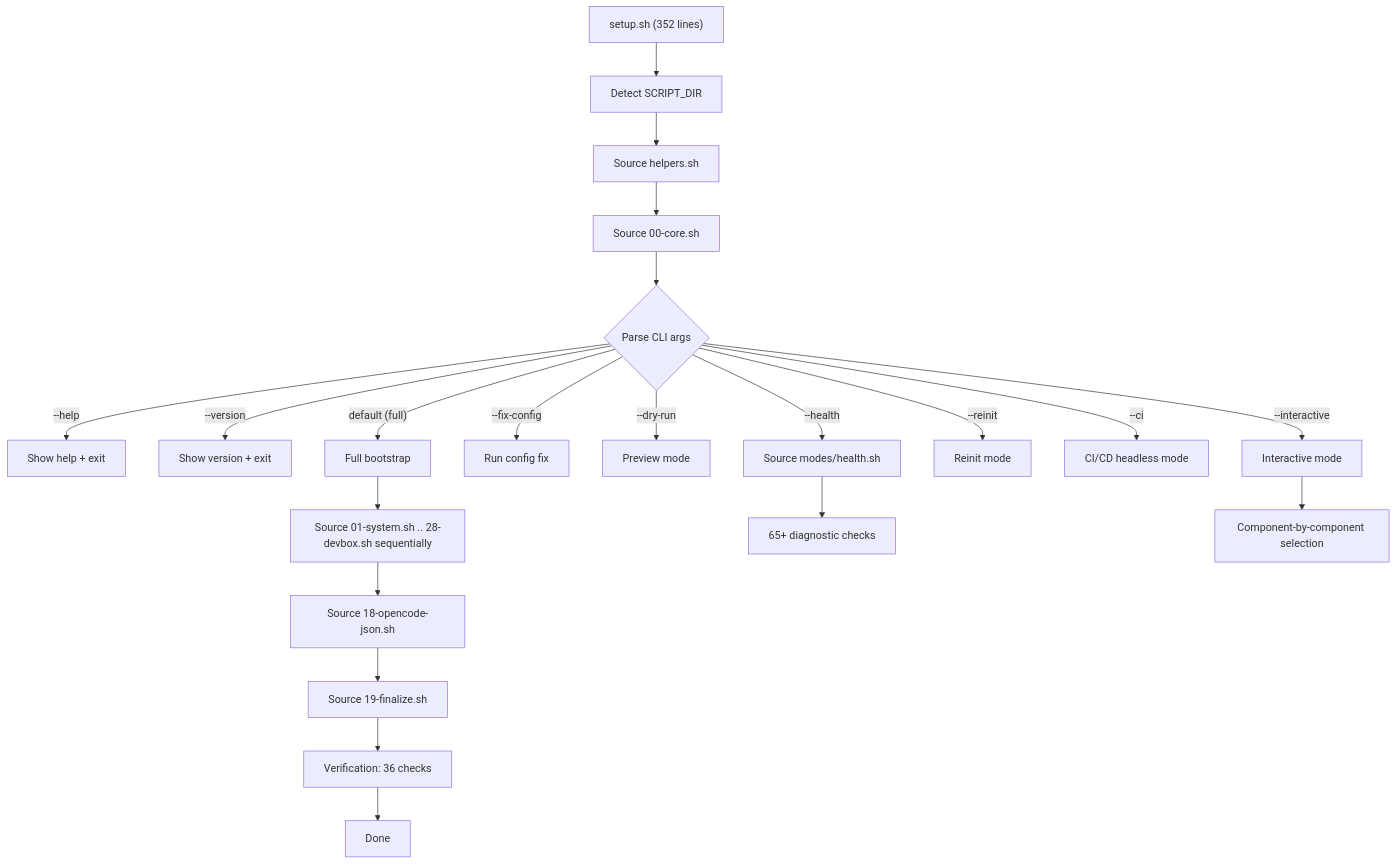
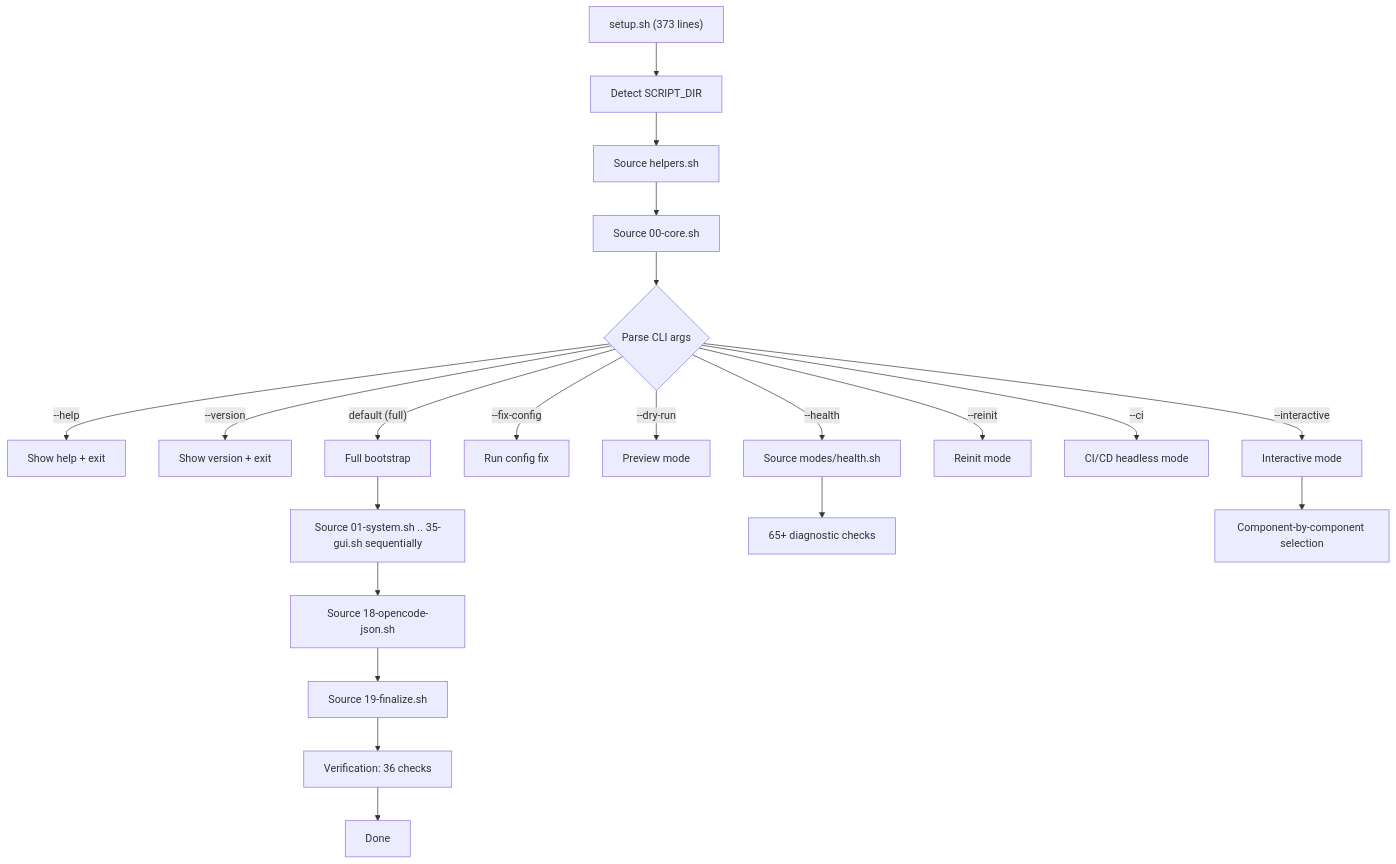
Before and after one commit to AlexanderNarbaev/opencode_initializer: the fourth of 5 diagrams in docs/architecture/index.en.md, drawn with Mermaid. The commit also changed other lines of this file and 8 other files, not shown here.

````diff
--- a/docs/architecture/index.en.md
+++ b/docs/architecture/index.en.md
@@ -115,25 +121,25 @@
 ```mermaid
 flowchart TD
-    A["setup.sh (352 lines)"] --> B["Detect SCRIPT_DIR"]
+    A["setup.sh (373 lines)"] --> B["Detect SCRIPT_DIR"]
     B --> C["Source helpers.sh"]
     C --> D["Source 00-core.sh"]
     D --> E{"Parse CLI args"}
     E -->|"--help"| F["Show help + exit"]
     E -->|"--version"| G["Show version + exit"]
     E -->|"--health"| H["Source modes/health.sh"]
     E -->|"--fix-config"| I["Run config fix"]
     E -->|"--dry-run"| J["Preview mode"]
     E -->|"--interactive"| K["Interactive mode"]
     E -->|"--reinit"| L["Reinit mode"]
     E -->|"--ci"| CI["CI/CD headless mode"]
     E -->|"default (full)"| M["Full bootstrap"]
 
-    M --> N["Source 01-system.sh .. 28-devbox.sh sequentially"]
+    M -->     N["Source 01-system.sh .. 35-gui.sh sequentially"]
     N --> O["Source 18-opencode-json.sh"]
     O --> P["Source 19-finalize.sh"]
     P --> Q["Verification: 36 checks"]
     Q --> R["Done"]
 
     H --> S["65+ diagnostic checks"]
     K --> T["Component-by-component selection"]
 ```
````
